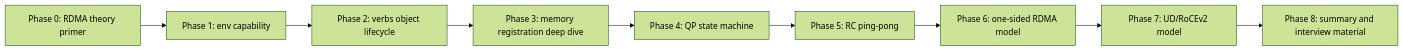
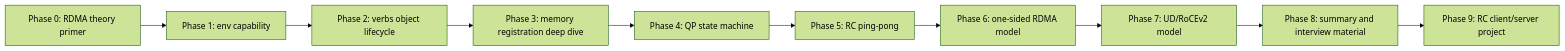
The diagram in linux-driver-lab/track-rdma-core/ROADMAP.md (gwpptm007/driver-lab), drawn with Mermaid (forest theme) before and after one commit. The commit also changed other lines of this file and 255 other files, not shown here.

````diff
--- a/linux-driver-lab/track-rdma-core/ROADMAP.md
+++ b/linux-driver-lab/track-rdma-core/ROADMAP.md
@@ -7,11 +7,12 @@
 ```mermaid
 flowchart LR
     A[Phase 0: RDMA theory primer] --> B[Phase 1: env capability]
     B --> C[Phase 2: verbs object lifecycle]
     C --> D[Phase 3: memory registration deep dive]
     D --> E[Phase 4: QP state machine]
     E --> F[Phase 5: RC ping-pong]
     F --> G[Phase 6: one-sided RDMA model]
     G --> H["Phase 7: UD/RoCEv2 model"]
     H --> I[Phase 8: summary and interview material]
+    I --> J["Phase 9: RC client/server project"]
 ```
````
